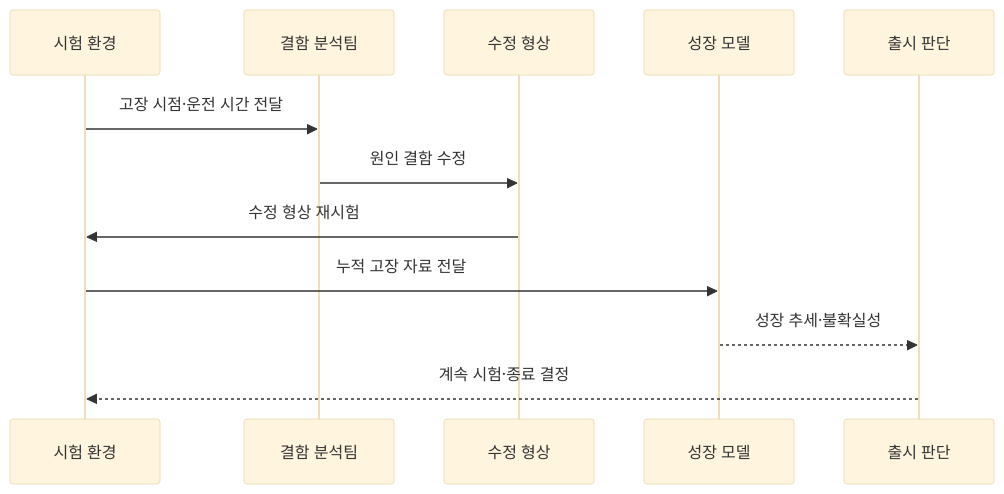
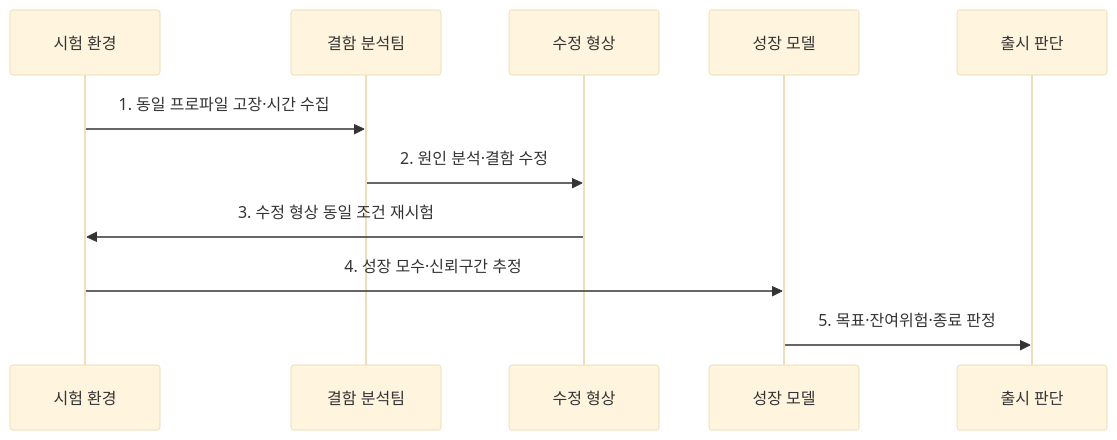
Before and after one commit to agnusdei1207/knowledge-base: the second of 2 diagrams in src/content/docs/notes/06-evaluation/025_reliability_growth_model.md, drawn with Mermaid (base theme). The commit also changed other lines of this file and 6 other files, not shown here.

````diff
--- a/src/content/docs/notes/06-evaluation/025_reliability_growth_model.md
+++ b/src/content/docs/notes/06-evaluation/025_reliability_growth_model.md
@@ -85,14 +86,13 @@
 ```mermaid
 sequenceDiagram
-    participant T as 시험 환경
-    participant A as 결함 분석팀
-    participant F as 수정 형상
-    participant M as 성장 모델
-    participant D as 출시 판단
-    T->>A: 고장 시점·운전 시간 전달
-    A->>F: 원인 결함 수정
-    F->>T: 수정 형상 재시험
-    T->>M: 누적 고장 자료 전달
-    M-->>D: 성장 추세·불확실성
-    D-->>T: 계속 시험·종료 결정
+  participant T as 시험 환경
+  participant A as 결함 분석팀
+  participant F as 수정 형상
+  participant M as 성장 모델
+  participant D as 출시 판단
+  T->>A: 1. 동일 프로파일 고장·시간 수집
+  A->>F: 2. 원인 분석·결함 수정
+  F->>T: 3. 수정 형상 동일 조건 재시험
+  T->>M: 4. 성장 모수·신뢰구간 추정
+  M->>D: 5. 목표·잔여위험·종료 판정
 ```
````
